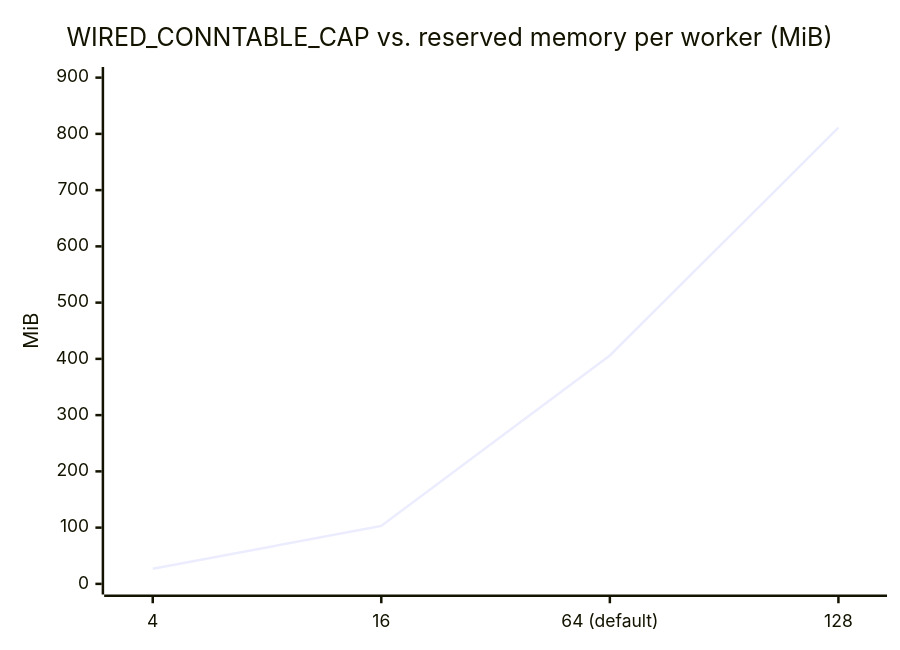
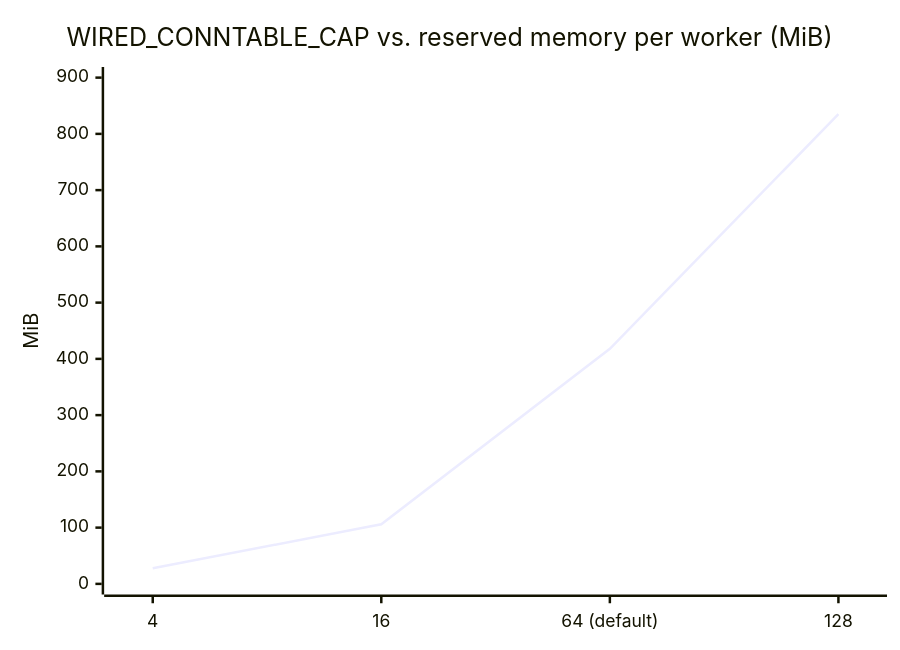
Before and after one commit to Hakkadaikon/wired: the ninth of 9 diagrams in docs/arch/memory.md, drawn with Mermaid. The commit also changed other lines of this file and 11 other files, not shown here.

````diff
--- a/docs/arch/memory.md
+++ b/docs/arch/memory.md
@@ -184,7 +184,7 @@
 ```mermaid
 xychart-beta
     title "WIRED_CONNTABLE_CAP vs. reserved memory per worker (MiB)"
     x-axis ["4", "16", "64 (default)", "128"]
     y-axis "MiB" 0 --> 900
-    line [26.9, 103, 406, 811]
+    line [27.7, 106, 418, 835]
 ```
````
